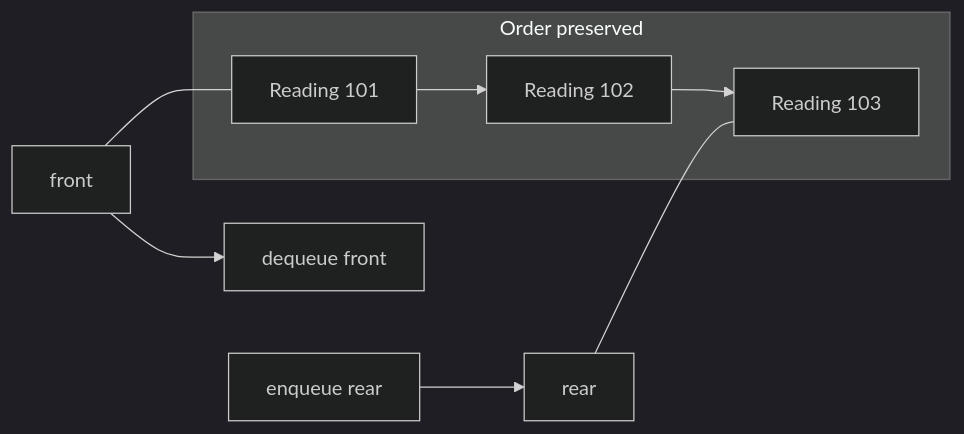
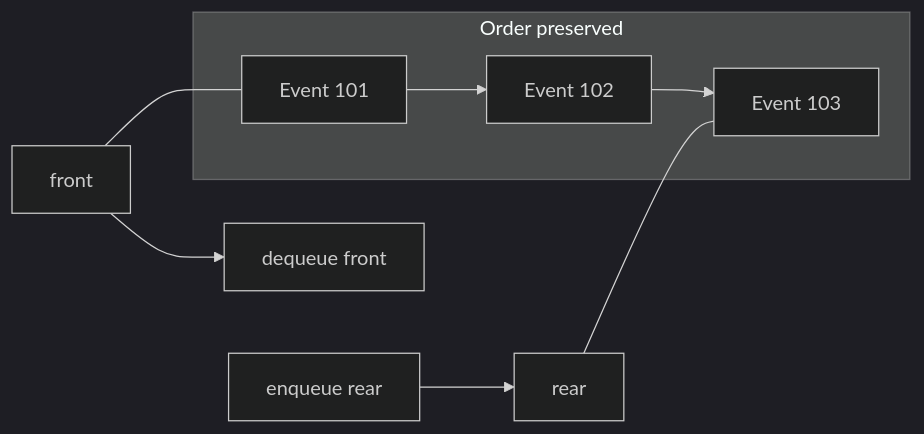
The first of 7 diagrams in docs/dsa/data-structures/queue/index.md (qgjones9/python-programming-guide), drawn with Mermaid (dark theme) before and after one commit. The commit also changed other lines of this file and 31 other files, not shown here.

````diff
--- a/docs/dsa/data-structures/queue/index.md
+++ b/docs/dsa/data-structures/queue/index.md
@@ -29,10 +29,10 @@
 ```mermaid
 flowchart LR
-  ENQ["enqueue rear"] --> R["rear"]
-  F["front"] --> DEQ["dequeue front"]
-  subgraph order["Order preserved"]
-    P1["Reading 101"] --> P2["Reading 102"] --> P3["Reading 103"]
-  end
-  F --- P1
-  R --- P3
+ ENQ["enqueue rear"] --> R["rear"]
+ F["front"] --> DEQ["dequeue front"]
+ subgraph order["Order preserved"]
+ P1["Event 101"] --> P2["Event 102"] --> P3["Event 103"]
+ end
+ F --- P1
+ R --- P3
 ```
````
